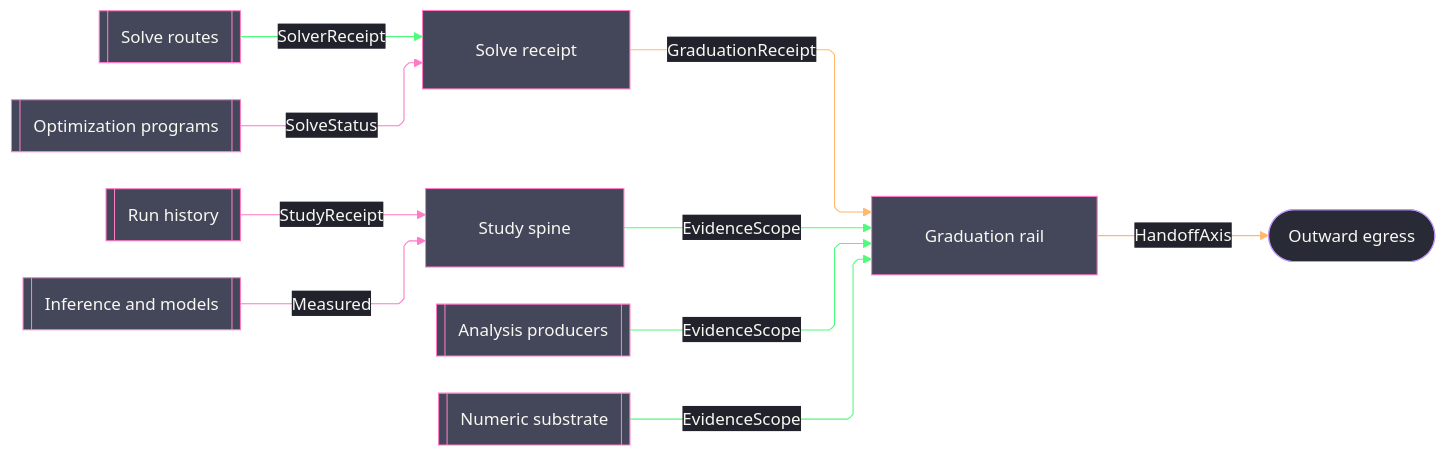
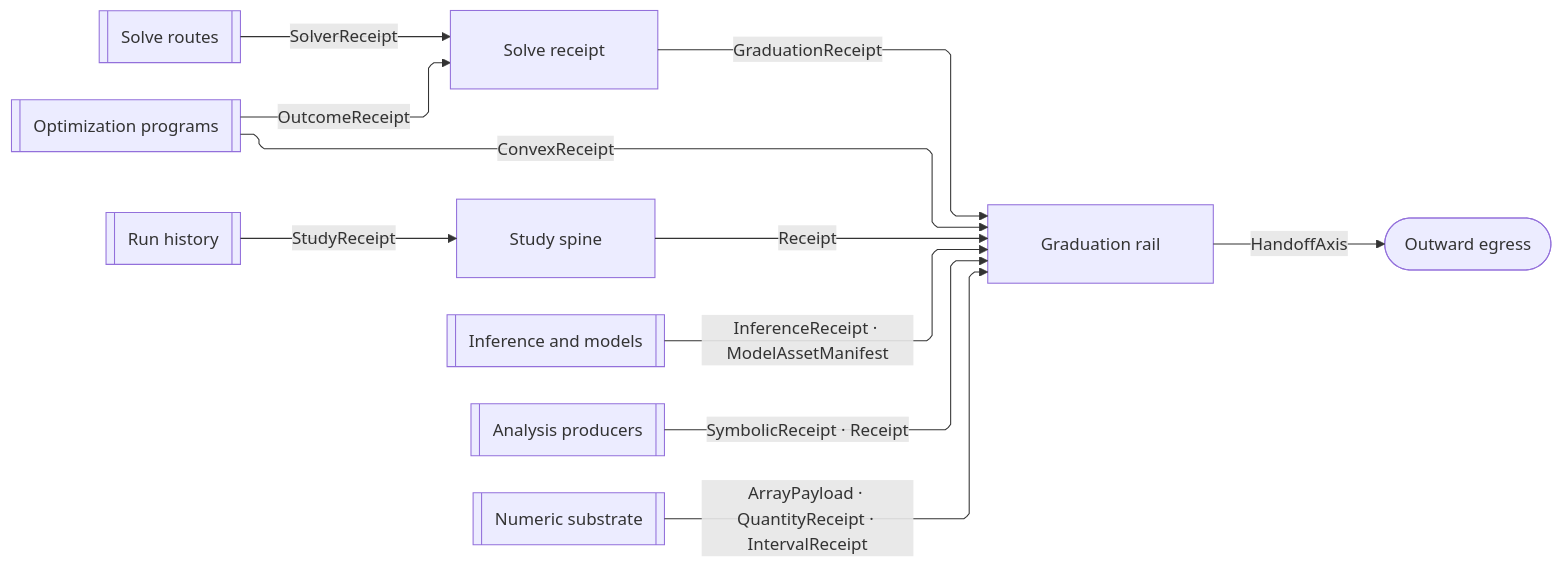
One commit to bsamiee/Rasm changed the second of 3 diagrams in libs/python/compute/ARCHITECTURE.md. Above: the diagram before and after it, drawn with Mermaid. The commit also changed other lines of this file and 460 other files, not shown here.

````diff
--- a/libs/python/compute/ARCHITECTURE.md
+++ b/libs/python/compute/ARCHITECTURE.md
@@ -123,47 +92,22 @@
 ```mermaid
 ---
 config:
-  theme: base
-  look: classic
   layout: elk
   flowchart:
     curve: linear
     padding: 25
-  themeVariables:
-    darkMode: true
-    fontFamily: "SF Mono, Menlo, Cascadia Mono, Segoe UI Mono, Consolas, monospace"
-    useGradient: false
-    dropShadow: "none"
-    background: "#282A36"
-    primaryColor: "#44475A"
-    primaryTextColor: "#F8F8F2"
-    primaryBorderColor: "#BD93F9"
-    lineColor: "#FF79C6"
-    textColor: "#F8F8F2"
-    edgeLabelBackground: "#21222C"
-    labelBackgroundColor: "#21222C"
-  themeCSS: ".nodeLabel{font-size:13px;font-weight:500}.edgeLabel{font-size:12px;font-weight:500}.cluster-label .nodeLabel{font-size:13.5px;font-weight:700;letter-spacing:.08em}.edge-thickness-normal{stroke-width:2px}.edge-thickness-thick{stroke-width:3px}.edge-pattern-dashed,.edge-pattern-dotted{stroke-width:1.5px;stroke-dasharray:4 6}.node rect,.node circle,.node polygon,.node path,.node .outer-path{stroke-width:1.5px;filter:none!important}.cluster rect{stroke-width:1px!important;stroke-dasharray:5 4!important;filter:none!important}.marker path{transform:scale(.8);transform-origin:5px 5px}.marker circle{transform:scale(.48);transform-origin:5px 5px}.edgeLabel rect{transform-box:fill-box;transform-origin:center;transform:scale(1.1,1.2)}"
 ---
 flowchart LR
     accTitle: Compute internal convergence
-    accDescr: The independent numeric-science sub-domains converging through the one solve receipt and the one study spine onto the single graduation rail that crosses outward, edge rails colored by the shape each stage folds.
+    accDescr: The independent numeric-science sub-domains folding solve receipts and graduating axis evidence onto the single graduation rail that crosses outward, edge rails colored by the shape each stage folds.
     SolveRoutes[[Solve routes]] e1@-->|"SolverReceipt"| Receipt[Solve receipt]
-    Optimization[[Optimization programs]] e2@-->|"SolveStatus"| Receipt
-    History[[Run history]] e3@-->|"StudyReceipt"| Study[Study spine]
-    Inference[[Inference and models]] e4@-->|"Measured"| Study
-    Receipt e5@-->|"GraduationReceipt"| Handoff[Graduation rail]
-    Study e6@-->|"EvidenceScope"| Handoff
-    Analysis[[Analysis producers]] e7@-->|"EvidenceScope"| Handoff
-    Numerics[[Numeric substrate]] e8@-->|"EvidenceScope"| Handoff
-    Handoff e9@-->|"HandoffAxis"| Out([Outward egress])
-    classDef boundary fill:#282A36,stroke:#BD93F9,color:#F8F8F2
-    classDef primary fill:#44475A,stroke:#FF79C6,color:#F8F8F2
-    classDef edgeData stroke:#FFB86C,color:#F8F8F2
-    classDef edgeSuccess stroke:#50FA7B,color:#F8F8F2
-    classDef edgeControl stroke:#FF79C6,color:#F8F8F2
-    class Out boundary
-    class SolveRoutes,Optimization,History,Inference,Receipt,Study,Analysis,Numerics,Handoff primary
-    class e1,e6,e7,e8 edgeSuccess
-    class e2,e3,e4 edgeControl
-    class e5,e9 edgeData
+    Optimization[[Optimization programs]] e2@-->|"OutcomeReceipt"| Receipt
+    Optimization e3@-->|"ConvexReceipt"| Handoff[Graduation rail]
+    History[[Run history]] e4@-->|"StudyReceipt"| Study[Study spine]
+    Experiments[[Inference and models]] e5@-->|"InferenceReceipt · ModelAssetManifest"| Handoff
+    Receipt e6@-->|"GraduationReceipt"| Handoff
+    Study e7@-->|"Receipt"| Handoff
+    Analysis[[Analysis producers]] e8@-->|"SymbolicReceipt · Receipt"| Handoff
+    Numerics[[Numeric substrate]] e9@-->|"ArrayPayload · QuantityReceipt · IntervalReceipt"| Handoff
+    Handoff e10@-->|"HandoffAxis"| Out([Outward egress])
 ```
````
